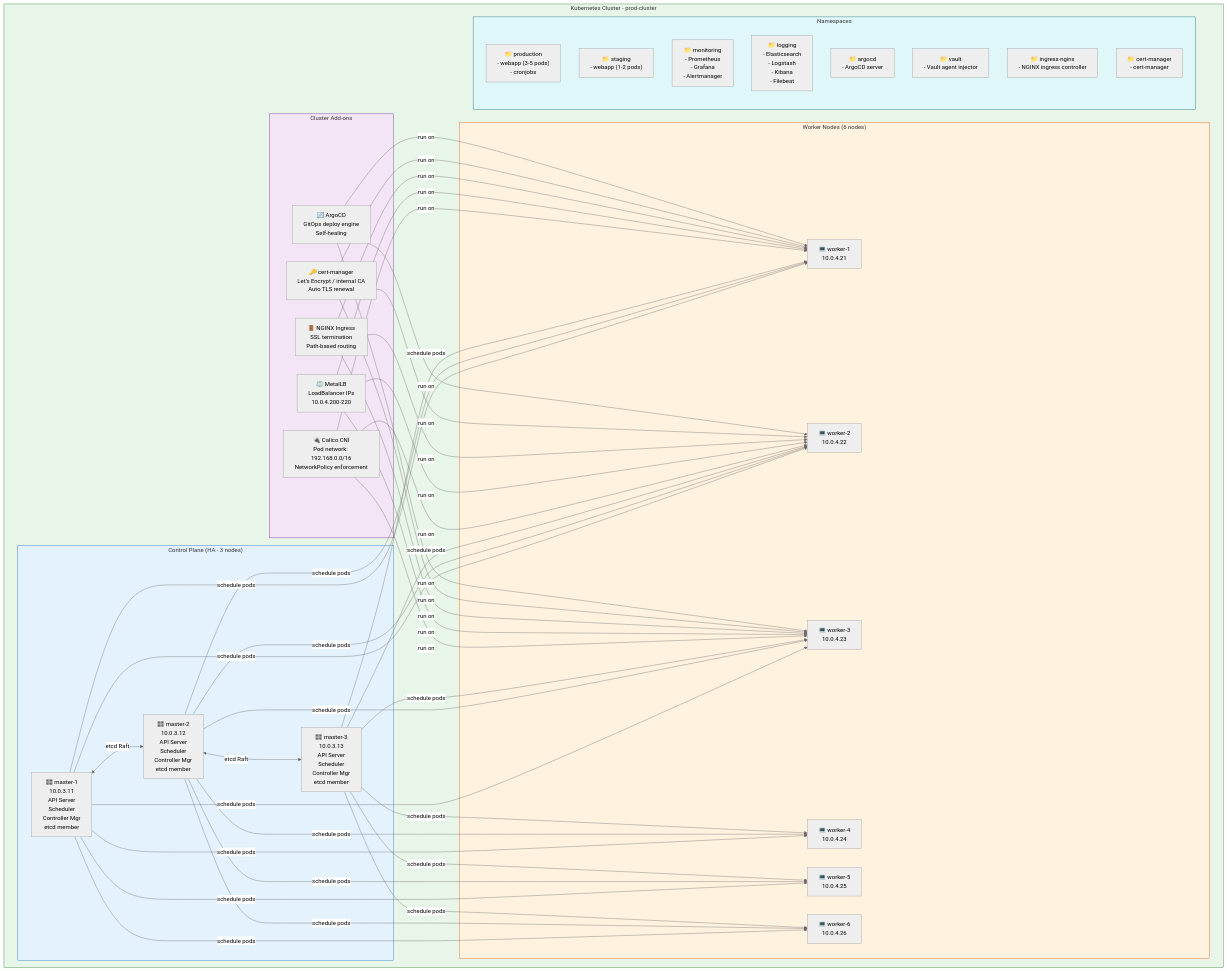
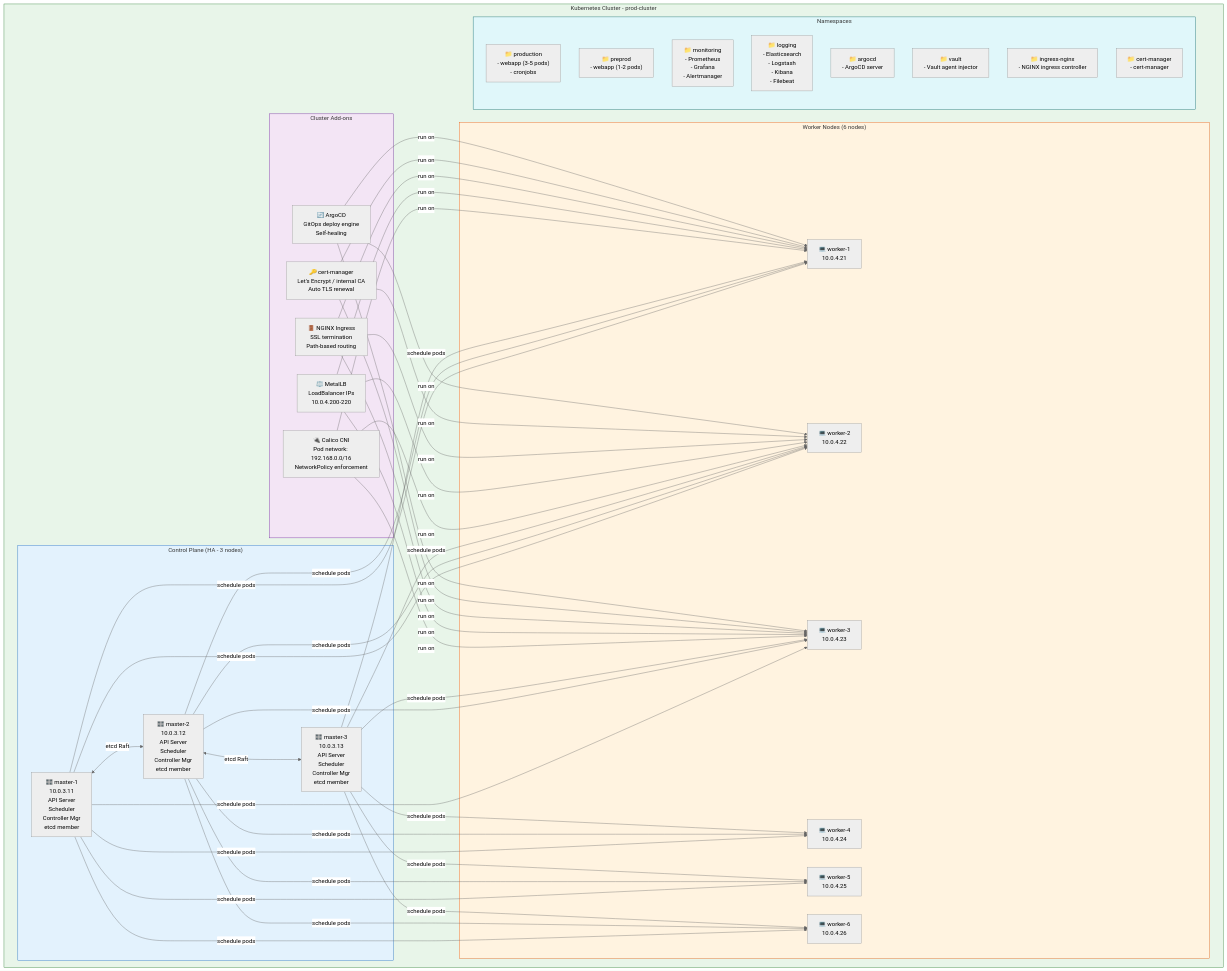
The diagram in docs/Volume-4-Kubernetes-Platform/01-Kubernetes-Setup-Guide.md (Shasi19/Azure-VxRail-VMware-Migration), drawn with Mermaid (neutral theme) before and after one commit. The commit also changed other lines of this file and 10 other files, not shown here.

First line of the commit message:
Fix inconsistencies: Mermaid render, K8s version, environment naming

````diff
--- a/docs/Volume-4-Kubernetes-Platform/01-Kubernetes-Setup-Guide.md
+++ b/docs/Volume-4-Kubernetes-Platform/01-Kubernetes-Setup-Guide.md
@@ -8,48 +8,48 @@
 ```mermaid
 graph TB
     subgraph CLUSTER["Kubernetes Cluster  -  prod-cluster"]
         subgraph CP["Control Plane (HA  -  3 nodes)"]
             CP1["🎛️ master-1\n10.0.3.11\nAPI Server\nScheduler\nController Mgr\netcd member"]
             CP2["🎛️ master-2\n10.0.3.12\nAPI Server\nScheduler\nController Mgr\netcd member"]
             CP3["🎛️ master-3\n10.0.3.13\nAPI Server\nScheduler\nController Mgr\netcd member"]
         end
 
         subgraph ADDONS["Cluster Add-ons"]
             CNI["🔌 Calico CNI\nPod network: 192.168.0.0/16\nNetworkPolicy enforcement"]
             MLB["⚖️ MetalLB\nLoadBalancer IPs\n10.0.4.200-220"]
             ING["🚪 NGINX Ingress\nSSL termination\nPath-based routing"]
             CERT["🔑 cert-manager\nLet's Encrypt / internal CA\nAuto TLS renewal"]
             ARGO["🔄 ArgoCD\nGitOps deploy engine\nSelf-healing"]
         end
 
         subgraph WORKERS["Worker Nodes (6 nodes)"]
             W1["💻 worker-1\n10.0.4.21"]
             W2["💻 worker-2\n10.0.4.22"]
             W3["💻 worker-3\n10.0.4.23"]
             W4["💻 worker-4\n10.0.4.24"]
             W5["💻 worker-5\n10.0.4.25"]
             W6["💻 worker-6\n10.0.4.26"]
         end
 
         subgraph NAMESPACES["Namespaces"]
             NS1["📁 production\n- webapp (3-5 pods)\n- cronjobs"]
-            NS2["📁 staging\n- webapp (1-2 pods)"]
+            NS2["📁 preprod\n- webapp (1-2 pods)"]
             NS3["📁 monitoring\n- Prometheus\n- Grafana\n- Alertmanager"]
             NS4["📁 logging\n- Elasticsearch\n- Logstash\n- Kibana\n- Filebeat"]
             NS5["📁 argocd\n- ArgoCD server"]
             NS6["📁 vault\n- Vault agent injector"]
             NS7["📁 ingress-nginx\n- NGINX ingress controller"]
             NS8["📁 cert-manager\n- cert-manager"]
         end
     end
 
     CP1 <-->|etcd Raft| CP2 <-->|etcd Raft| CP3
     CP1 & CP2 & CP3 -->|schedule pods| W1 & W2 & W3 & W4 & W5 & W6
     CNI & MLB & ING & CERT & ARGO -->|run on| W1 & W2 & W3
 
     style CLUSTER fill:#e8f5e9,stroke:#2e7d32
     style CP fill:#e3f2fd,stroke:#1565c0
     style ADDONS fill:#f3e5f5,stroke:#6a1b9a
     style WORKERS fill:#fff3e0,stroke:#e65100
     style NAMESPACES fill:#e0f7fa,stroke:#006064
 ```
````
